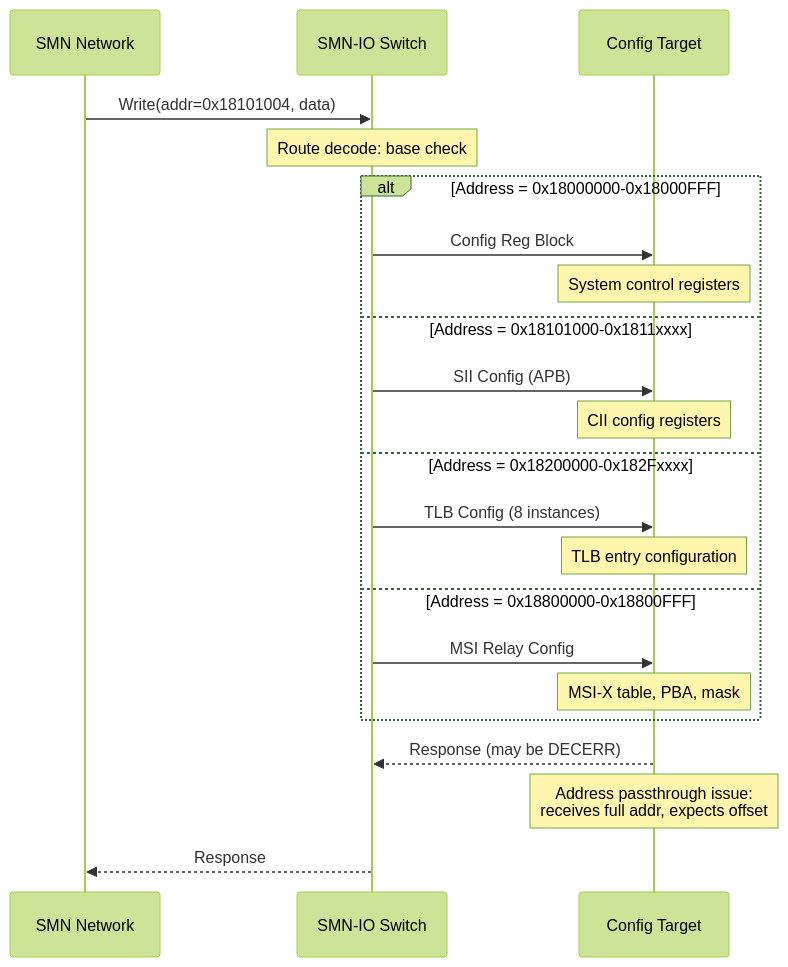
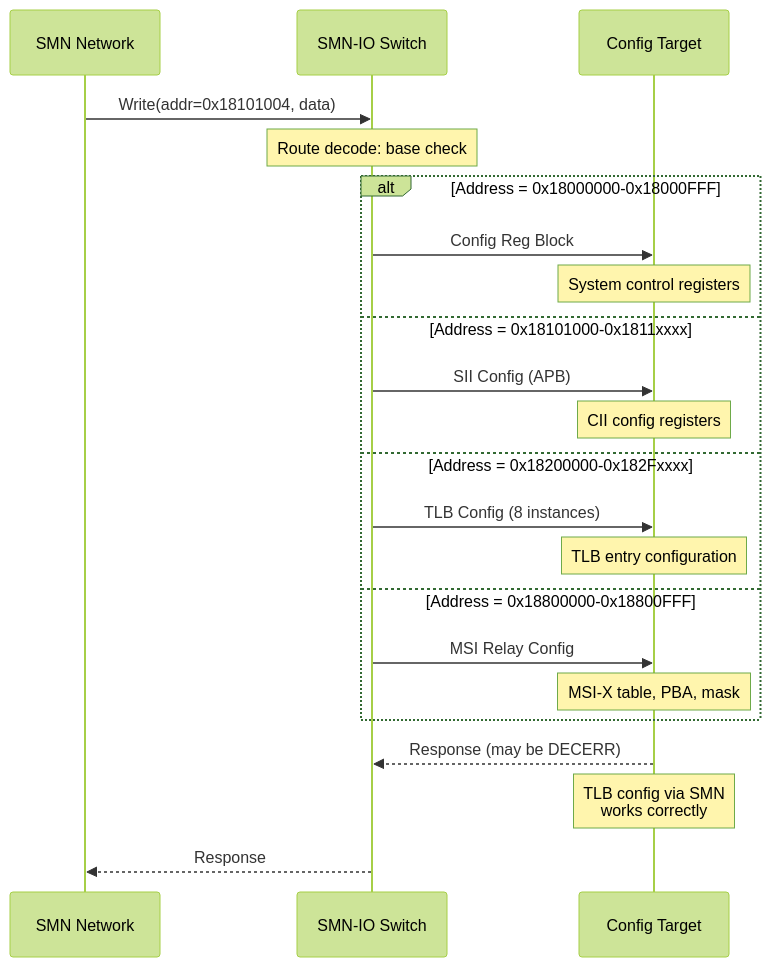
Before and after one commit to pdroyTT/Keraunos_PCIe_TILE: diagram 16 of 27 in docs_source/hld.md, drawn with Mermaid (forest theme). The commit also changed other lines of this file and 744 other files, not shown here.

````diff
--- a/docs_source/hld.md
+++ b/docs_source/hld.md
@@ -1301,26 +1300,26 @@
 ```{mermaid}
 sequenceDiagram
     participant SMN as SMN Network
     participant SIS as SMN-IO Switch
     participant CFG as Config Target
     
     SMN->>SIS: Write(addr=0x18101004, data)
     Note over SIS: Route decode: base check
     alt Address = 0x18000000-0x18000FFF
         SIS->>CFG: Config Reg Block
         Note over CFG: System control registers
     else Address = 0x18101000-0x1811xxxx
         SIS->>CFG: SII Config (APB)
         Note over CFG: CII config registers
     else Address = 0x18200000-0x182Fxxxx
         SIS->>CFG: TLB Config (8 instances)
         Note over CFG: TLB entry configuration
     else Address = 0x18800000-0x18800FFF
         SIS->>CFG: MSI Relay Config
         Note over CFG: MSI-X table, PBA, mask
     end
     
     CFG-->>SIS: Response (may be DECERR)
-    Note over CFG: Address passthrough issue:<br/>receives full addr, expects offset
+    Note over CFG: TLB config via SMN<br/>works correctly
     SIS-->>SMN: Response
 ```
````
